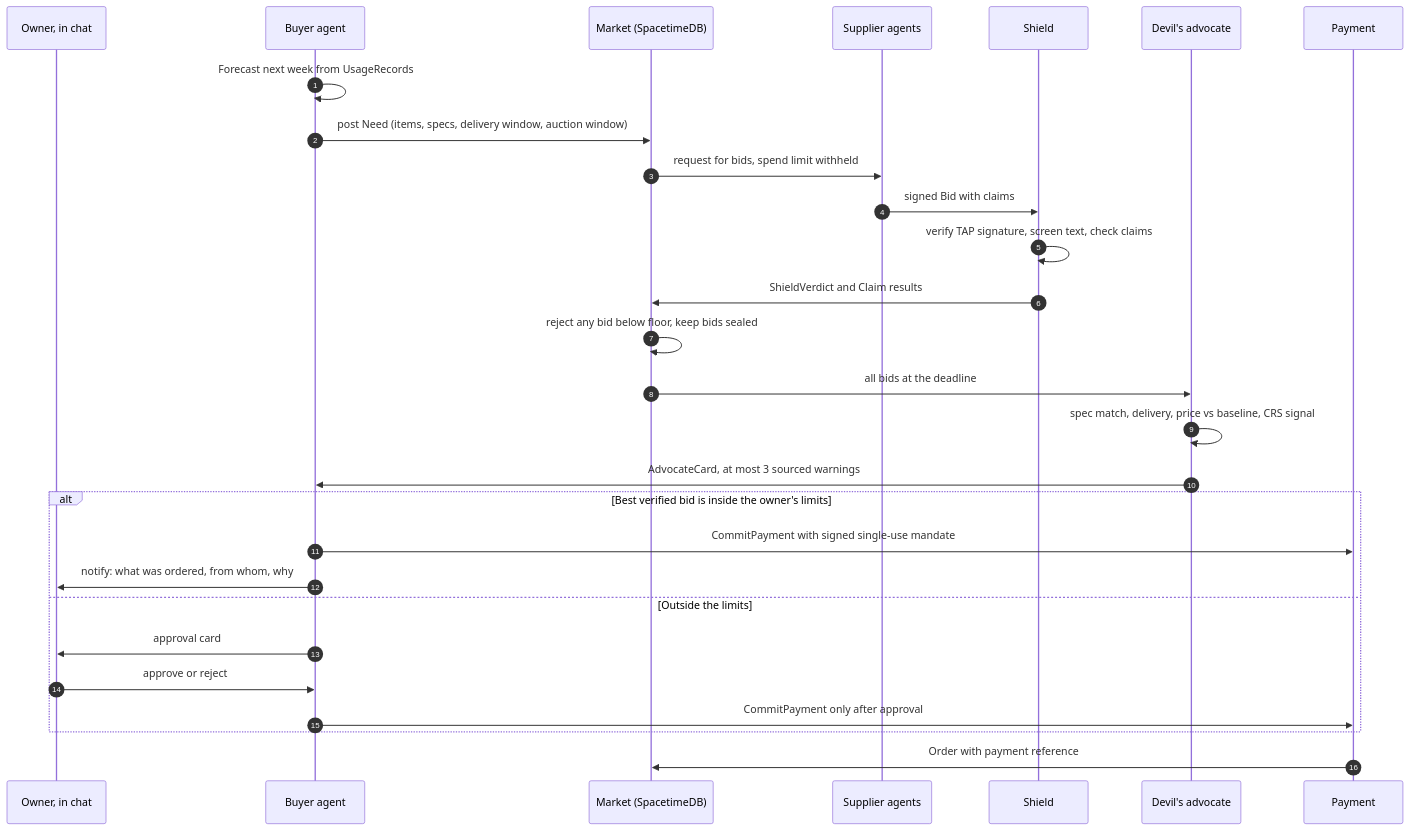
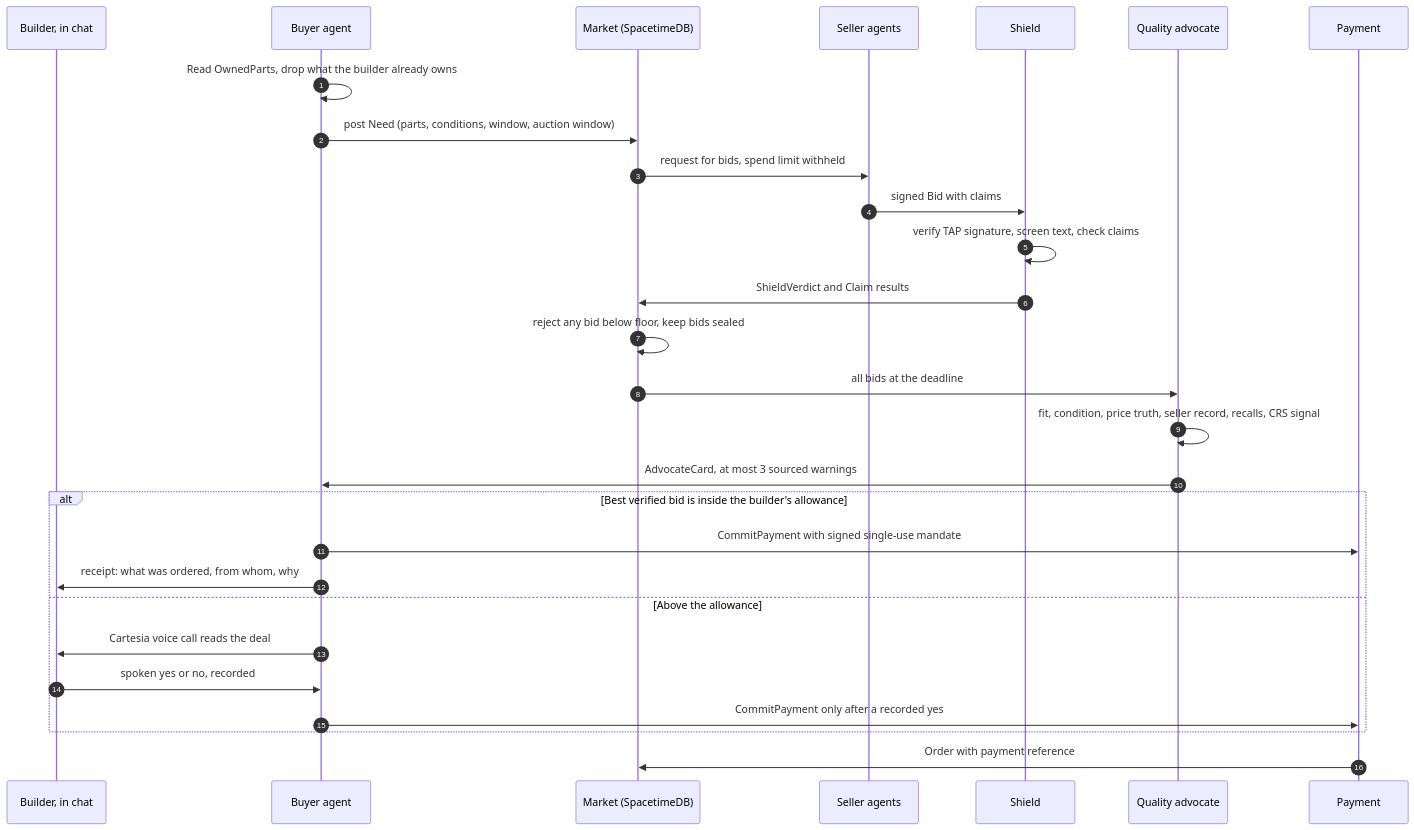
One commit to vs-githjk/cal-hacks-2026 changed the second of 2 diagrams in docs/ARCHITECTURE.md. Above: the diagram before and after it, drawn with Mermaid. The commit also changed other lines of this file and 21 other files, not shown here.

Commit message:
Pivot to PC builders: kickoffs with Sat 10:00 goals, README, pitch, GTM, sponsors, allowance voice approval, ownership memory

````diff
--- a/docs/ARCHITECTURE.md
+++ b/docs/ARCHITECTURE.md
@@ -72,31 +75,31 @@
 ```mermaid
 sequenceDiagram
     autonumber
-    participant O as Owner, in chat
+    participant O as Builder, in chat
     participant B as Buyer agent
     participant M as Market (SpacetimeDB)
-    participant S as Supplier agents
+    participant S as Seller agents
     participant SH as Shield
-    participant A as Devil's advocate
+    participant A as Quality advocate
     participant P as Payment
 
-    B->>B: Forecast next week from UsageRecords
-    B->>M: post Need (items, specs, delivery window, auction window)
+    B->>B: Read OwnedParts, drop what the builder already owns
+    B->>M: post Need (parts, conditions, window, auction window)
     M->>S: request for bids, spend limit withheld
     S->>SH: signed Bid with claims
     SH->>SH: verify TAP signature, screen text, check claims
     SH->>M: ShieldVerdict and Claim results
     M->>M: reject any bid below floor, keep bids sealed
     M->>A: all bids at the deadline
-    A->>A: spec match, delivery, price vs baseline, CRS signal
+    A->>A: fit, condition, price truth, seller record, recalls, CRS signal
     A->>B: AdvocateCard, at most 3 sourced warnings
-    alt Best verified bid is inside the owner's limits
+    alt Best verified bid is inside the builder's allowance
         B->>P: CommitPayment with signed single-use mandate
-        B->>O: notify: what was ordered, from whom, why
-    else Outside the limits
-        B->>O: approval card
-        O->>B: approve or reject
-        B->>P: CommitPayment only after approval
+        B->>O: receipt: what was ordered, from whom, why
+    else Above the allowance
+        B->>O: Cartesia voice call reads the deal
+        O->>B: spoken yes or no, recorded
+        B->>P: CommitPayment only after a recorded yes
     end
     P->>M: Order with payment reference
 ```
````
